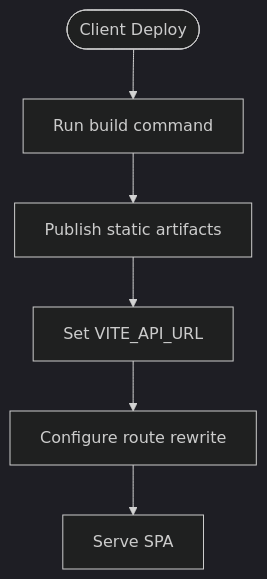
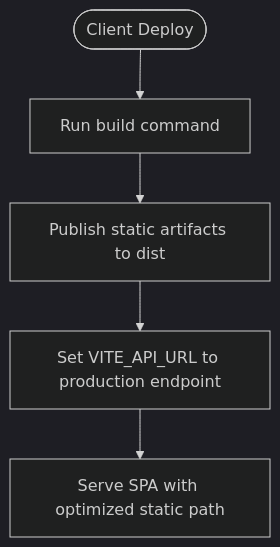
Before and after one commit to aayeshasiddiqah2611-pixel/flavora_ai_server: the third of 9 diagrams in .qoder/repowiki/en/content/Deployment and Distribution/Deployment Configuration.md, drawn with Mermaid (dark theme). The commit also changed other lines of this file and 7 other files, not shown here.

````diff
--- a/.qoder/repowiki/en/content/Deployment and Distribution/Deployment Configuration.md
+++ b/.qoder/repowiki/en/content/Deployment and Distribution/Deployment Configuration.md
@@ -173,8 +173,7 @@
 ```mermaid
 flowchart TD
 Start(["Client Deploy"]) --> Build["Run build command"]
-Build --> Publish["Publish static artifacts"]
-Publish --> Env["Set VITE_API_URL"]
-Env --> Routes["Configure route rewrite"]
-Routes --> Serve["Serve SPA"]
+Build --> Publish["Publish static artifacts to dist"]
+Publish --> Env["Set VITE_API_URL to production endpoint"]
+Env --> Serve["Serve SPA with optimized static path"]
 ```
````
